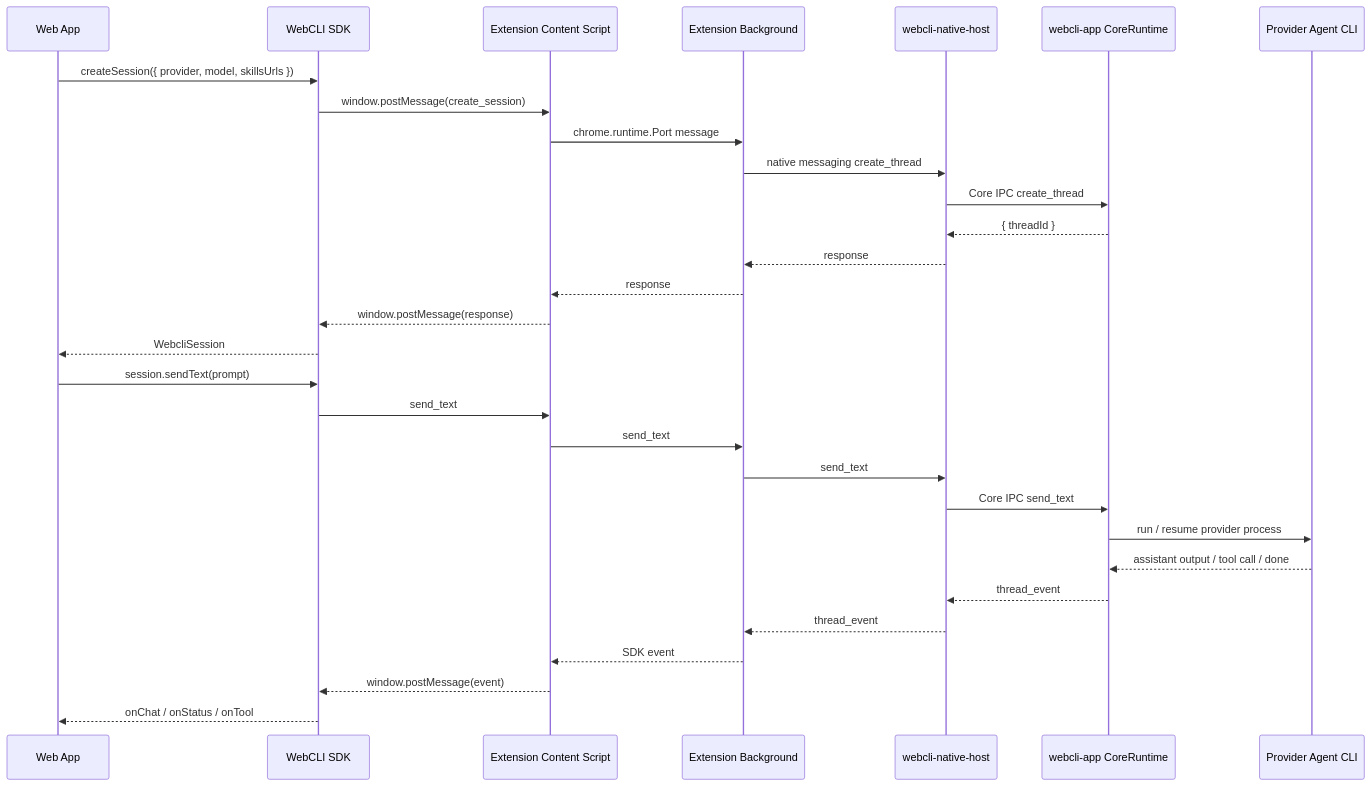
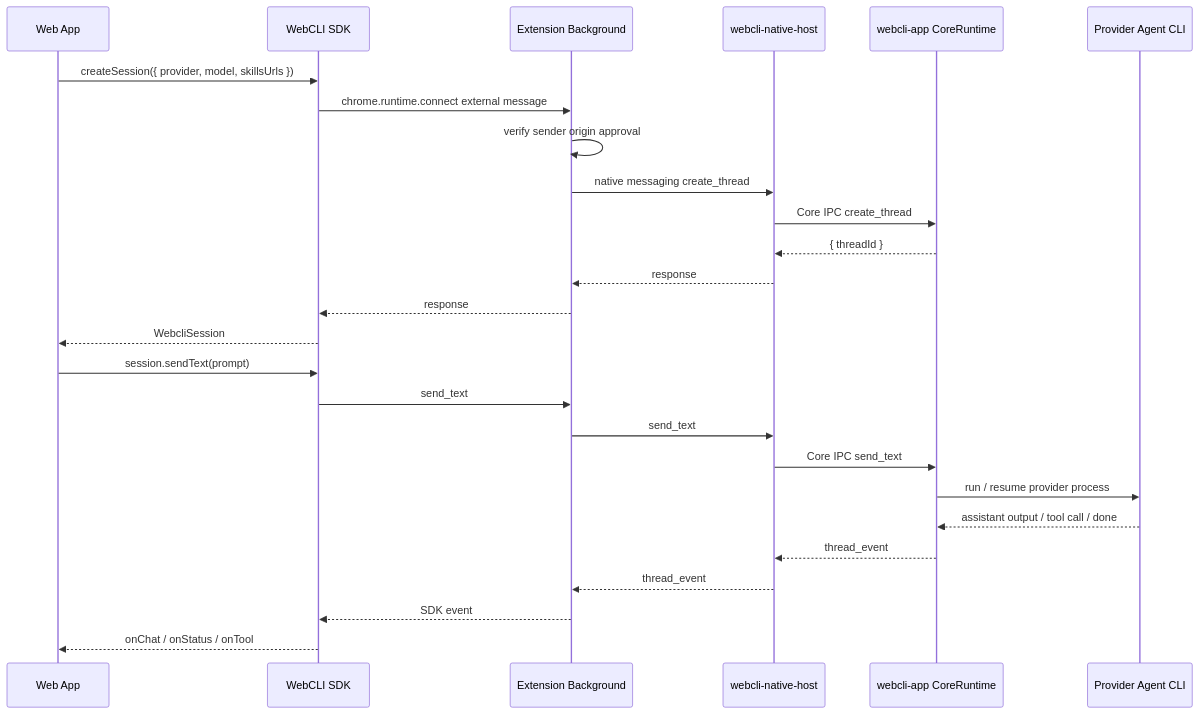
One commit to kaoruisaac/web-cli changed the diagram in README.md. Above: the diagram before and after it, drawn with Mermaid. The commit also changed other lines of this file and 22 other files, not shown here.

Commit message:
[feat]: add extension origin approval flow

````diff
--- a/README.md
+++ b/README.md
@@ -354,34 +366,30 @@
 ```mermaid
 sequenceDiagram
   participant App as Web App
   participant SDK as WebCLI SDK
-  participant CS as Extension Content Script
   participant BG as Extension Background
   participant NH as webcli-native-host
   participant Desktop as webcli-app CoreRuntime
   participant Agent as Provider Agent CLI
 
   App->>SDK: createSession({ provider, model, skillsUrls })
-  SDK->>CS: window.postMessage(create_session)
-  CS->>BG: chrome.runtime.Port message
+  SDK->>BG: chrome.runtime.connect external message
+  BG->>BG: verify sender origin approval
   BG->>NH: native messaging create_thread
   NH->>Desktop: Core IPC create_thread
   Desktop-->>NH: { threadId }
   NH-->>BG: response
-  BG-->>CS: response
-  CS-->>SDK: window.postMessage(response)
+  BG-->>SDK: response
   SDK-->>App: WebcliSession
 
   App->>SDK: session.sendText(prompt)
-  SDK->>CS: send_text
-  CS->>BG: send_text
+  SDK->>BG: send_text
   BG->>NH: send_text
   NH->>Desktop: Core IPC send_text
   Desktop->>Agent: run / resume provider process
   Agent-->>Desktop: assistant output / tool call / done
   Desktop-->>NH: thread_event
   NH-->>BG: thread_event
-  BG-->>CS: SDK event
-  CS-->>SDK: window.postMessage(event)
+  BG-->>SDK: SDK event
   SDK-->>App: onChat / onStatus / onTool
 ```
````
